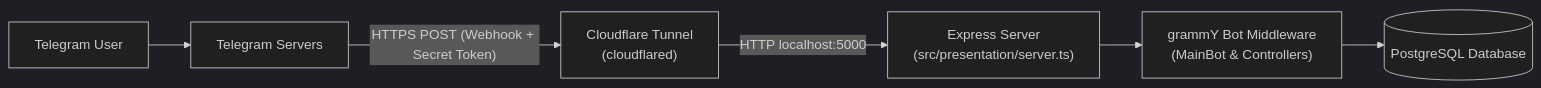
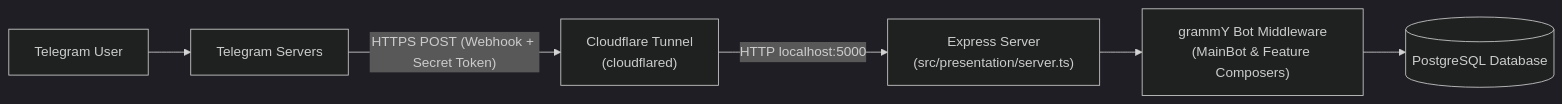
Before and after one commit to JonnerPaz/pokeshowdown_bot: the diagram in README.md, drawn with Mermaid (dark theme). The commit also changed other lines of this file and 11 other files, not shown here.

````diff
--- a/README.md
+++ b/README.md
@@ -29,8 +29,8 @@
 ```mermaid
 flowchart LR
     A["Telegram User"] --> B["Telegram Servers"]
     B -- "HTTPS POST (Webhook + Secret Token)" --> C["Cloudflare Tunnel<br/>(cloudflared)"]
     C -- "HTTP localhost:5000" --> D["Express Server<br/>(src/presentation/server.ts)"]
-    D --> E["grammY Bot Middleware<br/>(MainBot & Controllers)"]
+    D --> E["grammY Bot Middleware<br/>(MainBot & Feature Composers)"]
     E --> F[("PostgreSQL Database")]
 ```
````
